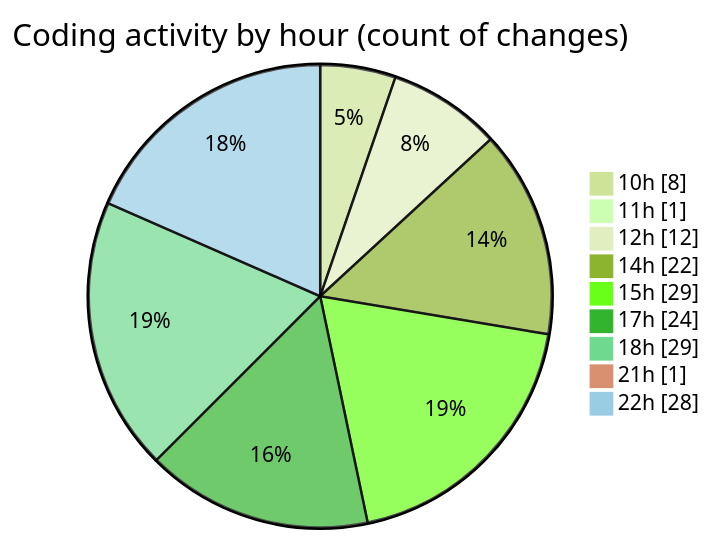
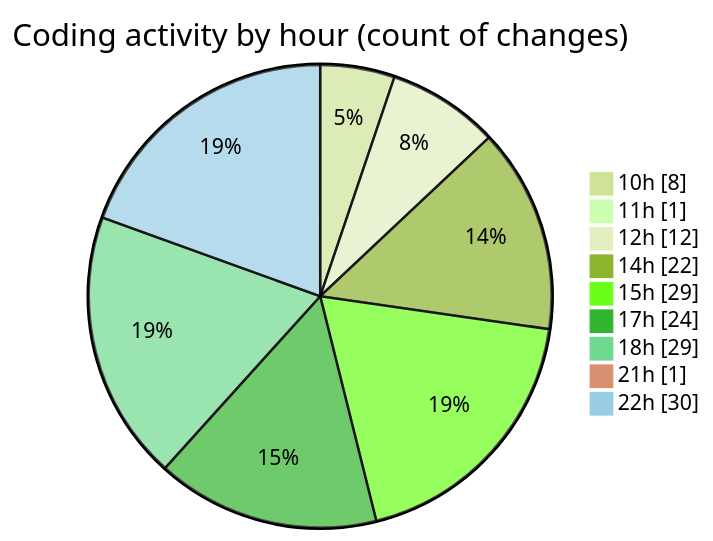
One commit to momahboobian/code-tracking changed the second of 2 diagrams in 2025-07-31/cda/README.md. Above: the diagram before and after it, drawn with Mermaid (forest theme). The commit also changed other lines of this file and 1 other file, not shown here.

````diff
--- a/2025-07-31/cda/README.md
+++ b/2025-07-31/cda/README.md
@@ -41,13 +41,13 @@
 ```mermaid
 pie showData
 title Coding activity by hour (count of changes)
 "10h" : 8
 "11h" : 1
 "12h" : 12
 "14h" : 22
 "15h" : 29
 "17h" : 24
 "18h" : 29
 "21h" : 1
-"22h" : 28
+"22h" : 30
 ```
````
